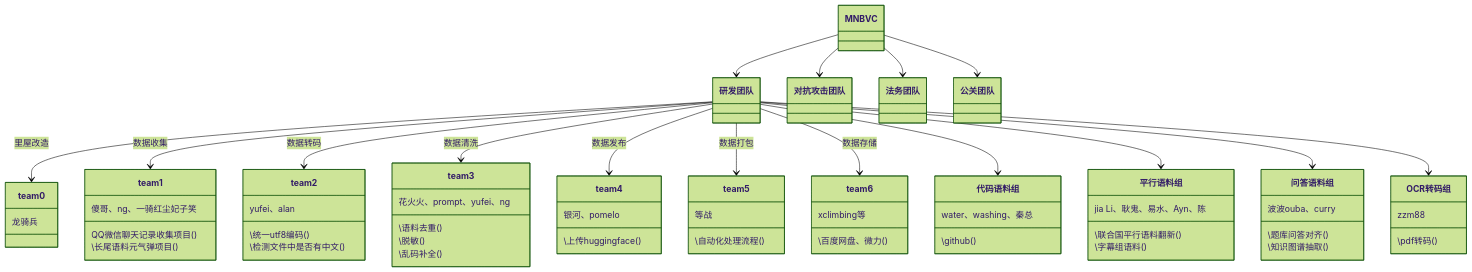
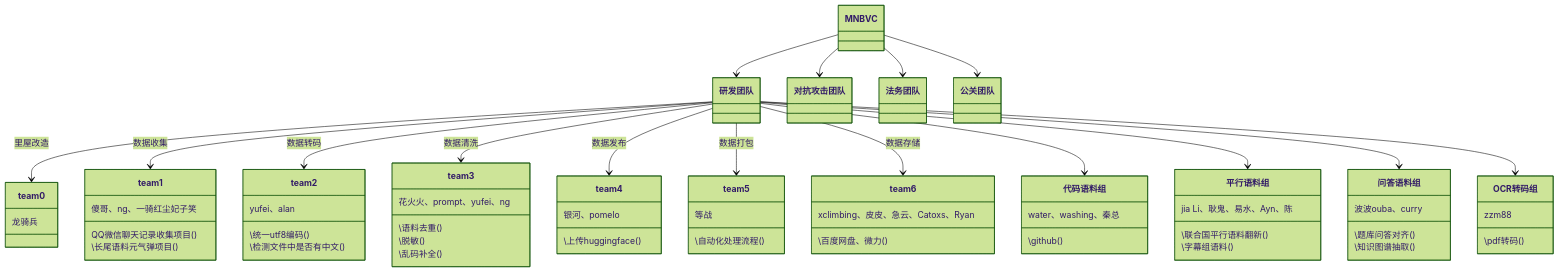
The diagram in README.md (esbatmop/MNBVC), drawn with Mermaid (forest theme) before and after one commit.

````diff
--- a/README.md
+++ b/README.md
@@ -52,68 +52,68 @@
 ```mermaid
 classDiagram
 MNBVC --> 研发团队
 MNBVC --> 对抗攻击团队
 MNBVC --> 法务团队
 MNBVC --> 公关团队
 研发团队 --> team0 : 里屋改造
 研发团队 --> team1 : 数据收集
 研发团队 --> team2 : 数据转码
 研发团队 --> team3 : 数据清洗
 研发团队 --> team4 : 数据发布
 研发团队 --> team5 : 数据打包
 研发团队 --> team6 : 数据存储
 研发团队 --> 代码语料组 
 研发团队 --> 平行语料组 
 研发团队 --> 问答语料组 
 研发团队 --> OCR转码组 
 
 class team0 {
   龙骑兵
 }
 class team1 {
   傻哥、ng、一骑红尘妃子笑
   QQ微信聊天记录收集项目()
   \长尾语料元气弹项目()
 }
 class team2 {
   yufei、alan
   \统一utf8编码()
   \检测文件中是否有中文()
 }
 class team3 {
   花火火、prompt、yufei、ng
   \语料去重()
   \脱敏()
   \乱码补全()
 }
 class team4 {
   银河、pomelo
   \上传huggingface()
 }
 class team5 {
   等战
   \自动化处理流程()
 }
 class team6 {
-  xclimbing等
+  xclimbing、皮皮、急云、Catoxs、Ryan
   \百度网盘、微力()
 }
 class 代码语料组 {
   water、washing、秦总
   \github()
 }
 class 平行语料组 {
   jia Li、耿鬼、易水、Ayn、陈
   \联合国平行语料翻新()
   \字幕组语料()
 }
 class 问答语料组 {
   波波ouba、curry
   \题库问答对齐()
   \知识图谱抽取()
 }
 class OCR转码组 {
   zzm88
   \pdf转码()
 }
 ```
````
